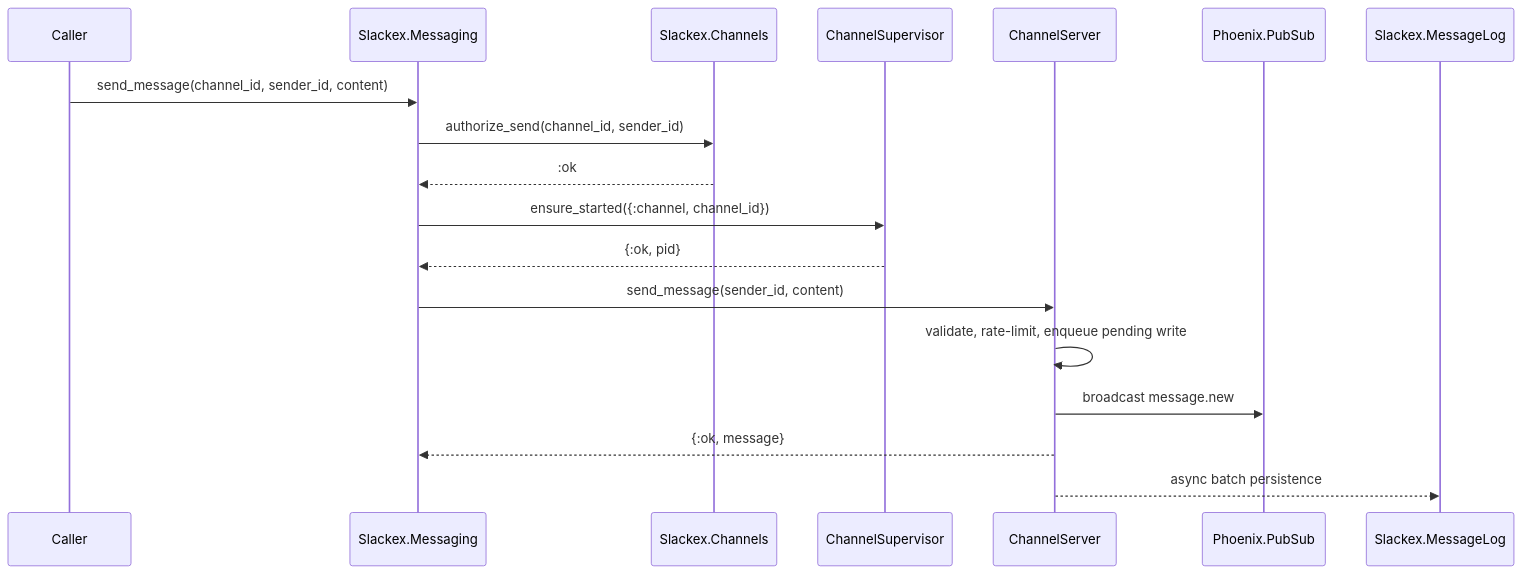
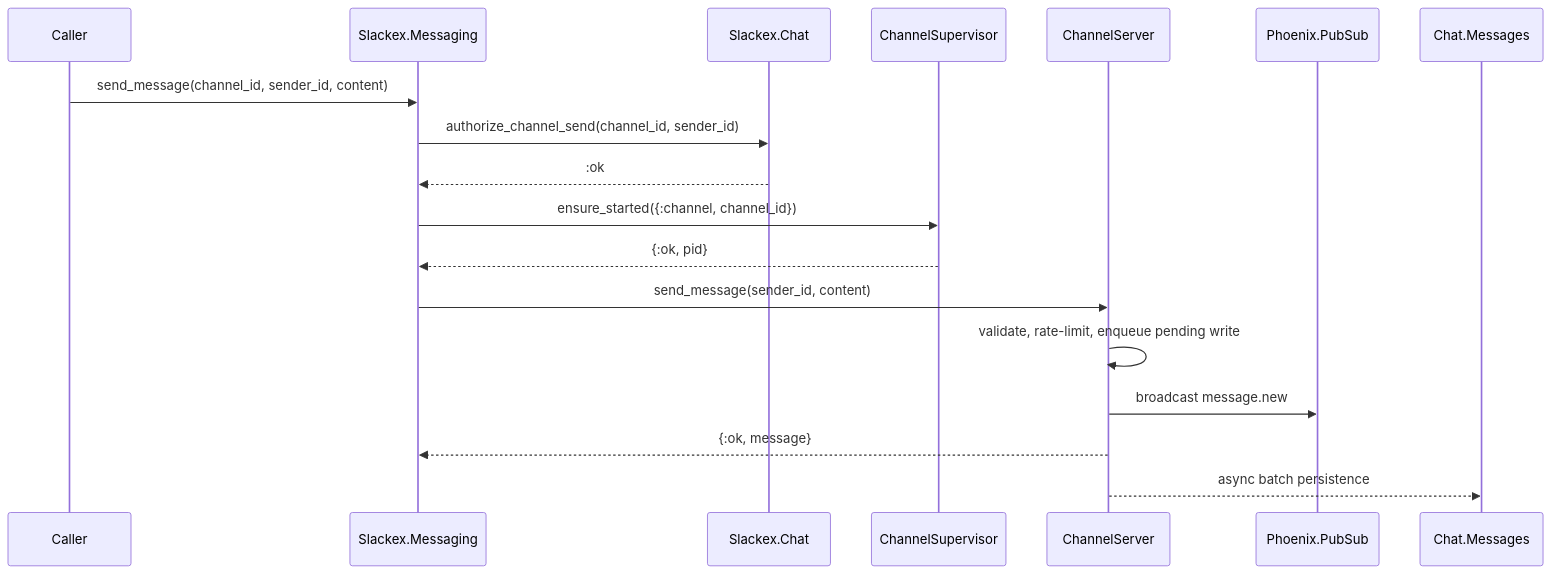
Before and after one commit to d-j-will/slackex: the third of 4 diagrams in docs/architecture/chat-domain-as-is-to-be.md, drawn with Mermaid. The commit also changed other lines of this file and 1 other file, not shown here.

First line of the commit message:
docs(architecture): chat to-be — deepen Slackex.Chat facade, not split it

````diff
--- a/docs/architecture/chat-domain-as-is-to-be.md
+++ b/docs/architecture/chat-domain-as-is-to-be.md
@@ -279,21 +283,21 @@
 ```mermaid
 sequenceDiagram
   participant Caller
   participant Messaging as Slackex.Messaging
-  participant Channels as Slackex.Channels
+  participant Chat as Slackex.Chat
   participant Sup as ChannelSupervisor
   participant Server as ChannelServer
   participant PubSub as Phoenix.PubSub
-  participant Store as Slackex.MessageLog
+  participant Store as Chat.Messages
 
   Caller->>Messaging: send_message(channel_id, sender_id, content)
-  Messaging->>Channels: authorize_send(channel_id, sender_id)
-  Channels-->>Messaging: :ok
+  Messaging->>Chat: authorize_channel_send(channel_id, sender_id)
+  Chat-->>Messaging: :ok
   Messaging->>Sup: ensure_started({:channel, channel_id})
   Sup-->>Messaging: {:ok, pid}
   Messaging->>Server: send_message(sender_id, content)
   Server->>Server: validate, rate-limit, enqueue pending write
   Server->>PubSub: broadcast message.new
   Server-->>Messaging: {:ok, message}
   Server-->>Store: async batch persistence
 ```
````
